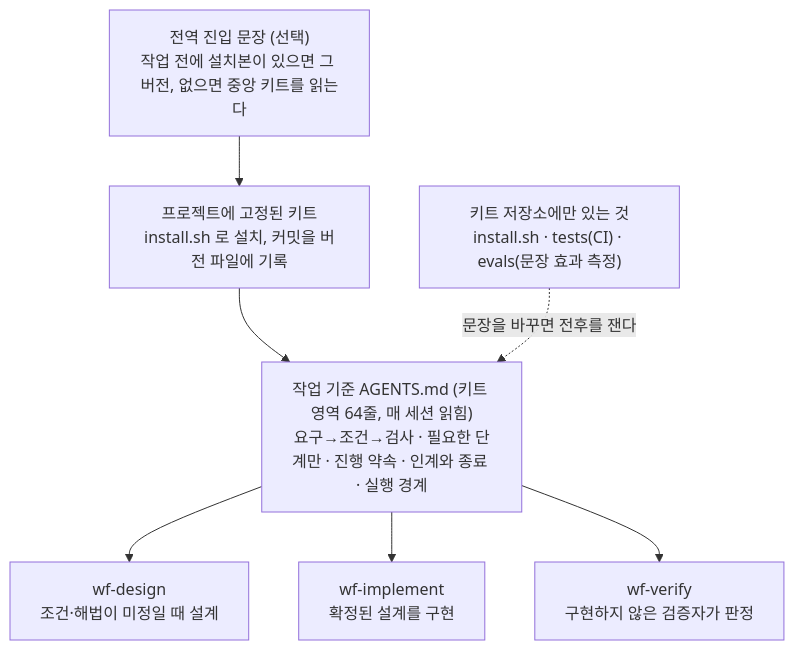
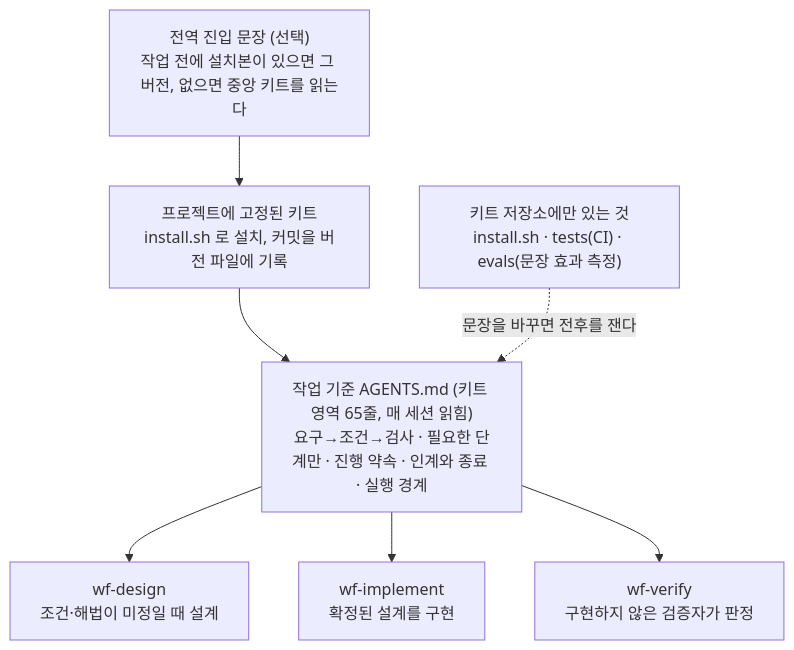
The first of 2 diagrams in README.md (taehyung-lab/agent-workflow-kit), drawn with Mermaid before and after one commit. The commit also changed other lines of this file and 75 other files, not shown here.

````diff
--- a/README.md
+++ b/README.md
@@ -29,13 +29,13 @@
 ```mermaid
 flowchart TD
   E["전역 진입 문장 (선택)<br/>작업 전에 설치본이 있으면 그 버전, 없으면 중앙 키트를 읽는다"]
   P["프로젝트에 고정된 키트<br/>install.sh 로 설치, 커밋을 버전 파일에 기록"]
-  A["작업 기준 AGENTS.md (키트 영역 64줄, 매 세션 읽힘)<br/>요구→조건→검사 · 필요한 단계만 · 진행 약속 · 인계와 종료 · 실행 경계"]
+  A["작업 기준 AGENTS.md (키트 영역 65줄, 매 세션 읽힘)<br/>요구→조건→검사 · 필요한 단계만 · 진행 약속 · 인계와 종료 · 실행 경계"]
   D["wf-design<br/>조건·해법이 미정일 때 설계"]
   I["wf-implement<br/>확정된 설계를 구현"]
   V["wf-verify<br/>구현하지 않은 검증자가 판정"]
   R["키트 저장소에만 있는 것<br/>install.sh · tests(CI) · evals(문장 효과 측정)"]
   E --> P --> A
   A --> D & I & V
   R -.->|문장을 바꾸면 전후를 잰다| A
 ```
````
